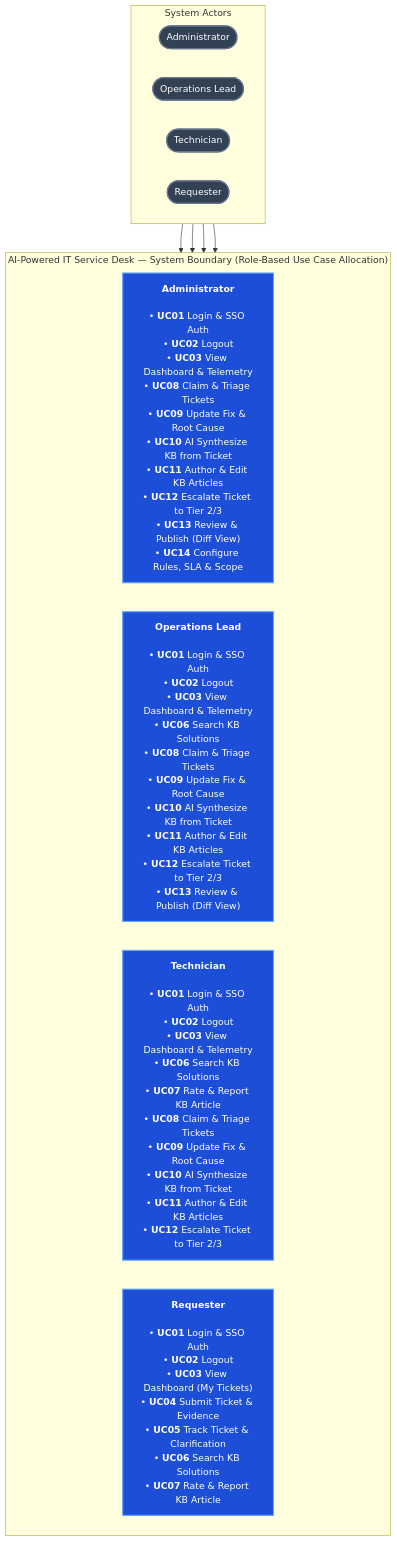
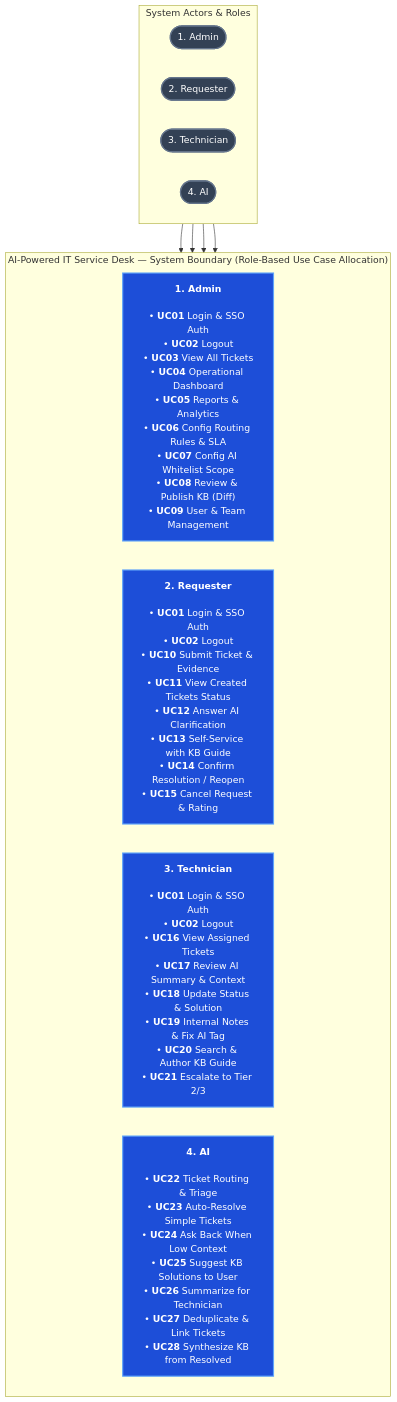
One commit to Akaza-ban/Fable changed the diagram in README.md. Above: the diagram before and after it, drawn with Mermaid. The commit also changed other lines of this file and 1 other file, not shown here.

Commit message:
docs: standardize 4 core roles in use case diagram and README

````diff
--- a/README.md
+++ b/README.md
@@ -49,30 +48,30 @@
 ```mermaid
 flowchart TB
-    subgraph actors["System Actors"]
+    subgraph actors["System Actors & Roles"]
         direction LR
-        admin(["Administrator"]):::actorPill
-        operator(["Operations Lead"]):::actorPill
-        tech(["Technician"]):::actorPill
-        requester(["Requester"]):::actorPill
+        admin(["1. Admin"]):::actorPill
+        requester(["2. Requester"]):::actorPill
+        tech(["3. Technician"]):::actorPill
+        ai(["4. AI"]):::actorPill
     end
 
     subgraph dwopBoundary["AI-Powered IT Service Desk — System Boundary (Role-Based Use Case Allocation)"]
         direction LR
 
-        cardAdmin["<b>Administrator</b><br/><br/>• <b>UC01</b> Login & SSO Auth<br/>• <b>UC02</b> Logout<br/>• <b>UC03</b> View Dashboard & Telemetry<br/>• <b>UC08</b> Claim & Triage Tickets<br/>• <b>UC09</b> Update Fix & Root Cause<br/>• <b>UC10</b> AI Synthesize KB from Ticket<br/>• <b>UC11</b> Author & Edit KB Articles<br/>• <b>UC12</b> Escalate Ticket to Tier 2/3<br/>• <b>UC13</b> Review & Publish (Diff View)<br/>• <b>UC14</b> Configure Rules, SLA & Scope"]:::colCard
+        cardAdmin["<b>1. Admin</b><br/><br/>• <b>UC01</b> Login & SSO Auth<br/>• <b>UC02</b> Logout<br/>• <b>UC03</b> View All Tickets<br/>• <b>UC04</b> Operational Dashboard<br/>• <b>UC05</b> Reports & Analytics<br/>• <b>UC06</b> Config Routing Rules & SLA<br/>• <b>UC07</b> Config AI Whitelist Scope<br/>• <b>UC08</b> Review & Publish KB (Diff)<br/>• <b>UC09</b> User & Team Management"]:::colCard
 
-        cardOp["<b>Operations Lead</b><br/><br/>• <b>UC01</b> Login & SSO Auth<br/>• <b>UC02</b> Logout<br/>• <b>UC03</b> View Dashboard & Telemetry<br/>• <b>UC06</b> Search KB Solutions<br/>• <b>UC08</b> Claim & Triage Tickets<br/>• <b>UC09</b> Update Fix & Root Cause<br/>• <b>UC10</b> AI Synthesize KB from Ticket<br/>• <b>UC11</b> Author & Edit KB Articles<br/>• <b>UC12</b> Escalate Ticket to Tier 2/3<br/>• <b>UC13</b> Review & Publish (Diff View)"]:::colCard
+        cardReq["<b>2. Requester</b><br/><br/>• <b>UC01</b> Login & SSO Auth<br/>• <b>UC02</b> Logout<br/>• <b>UC10</b> Submit Ticket & Evidence<br/>• <b>UC11</b> View Created Tickets Status<br/>• <b>UC12</b> Answer AI Clarification<br/>• <b>UC13</b> Self-Service with KB Guide<br/>• <b>UC14</b> Confirm Resolution / Reopen<br/>• <b>UC15</b> Cancel Request & Rating"]:::colCard
 
-        cardTech["<b>Technician</b><br/><br/>• <b>UC01</b> Login & SSO Auth<br/>• <b>UC02</b> Logout<br/>• <b>UC03</b> View Dashboard & Telemetry<br/>• <b>UC06</b> Search KB Solutions<br/>• <b>UC07</b> Rate & Report KB Article<br/>• <b>UC08</b> Claim & Triage Tickets<br/>• <b>UC09</b> Update Fix & Root Cause<br/>• <b>UC10</b> AI Synthesize KB from Ticket<br/>• <b>UC11</b> Author & Edit KB Articles<br/>• <b>UC12</b> Escalate Ticket to Tier 2/3"]:::colCard
+        cardTech["<b>3. Technician</b><br/><br/>• <b>UC01</b> Login & SSO Auth<br/>• <b>UC02</b> Logout<br/>• <b>UC16</b> View Assigned Tickets<br/>• <b>UC17</b> Review AI Summary & Context<br/>• <b>UC18</b> Update Status & Solution<br/>• <b>UC19</b> Internal Notes & Fix AI Tag<br/>• <b>UC20</b> Search & Author KB Guide<br/>• <b>UC21</b> Escalate to Tier 2/3"]:::colCard
 
-        cardReq["<b>Requester</b><br/><br/>• <b>UC01</b> Login & SSO Auth<br/>• <b>UC02</b> Logout<br/>• <b>UC03</b> View Dashboard (My Tickets)<br/>• <b>UC04</b> Submit Ticket & Evidence<br/>• <b>UC05</b> Track Ticket & Clarification<br/>• <b>UC06</b> Search KB Solutions<br/>• <b>UC07</b> Rate & Report KB Article"]:::colCard
+        cardAI["<b>4. AI</b><br/><br/>• <b>UC22</b> Ticket Routing & Triage<br/>• <b>UC23</b> Auto-Resolve Simple Tickets<br/>• <b>UC24</b> Ask Back When Low Context<br/>• <b>UC25</b> Suggest KB Solutions to User<br/>• <b>UC26</b> Summarize for Technician<br/>• <b>UC27</b> Deduplicate & Link Tickets<br/>• <b>UC28</b> Synthesize KB from Resolved"]:::colCard
     end
 
     admin --> cardAdmin
-    operator --> cardOp
+    requester --> cardReq
     tech --> cardTech
-    requester --> cardReq
+    ai --> cardAI
 
     classDef actorPill fill:#334155,color:#ffffff,stroke:#64748b,stroke-width:2px;
     classDef colCard fill:#1d4ed8,color:#ffffff,stroke:#60a5fa,stroke-width:2px;
 ```
````
